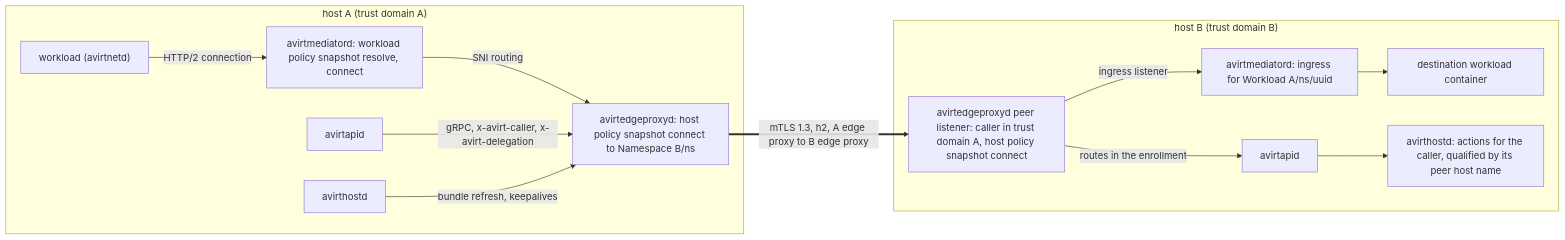
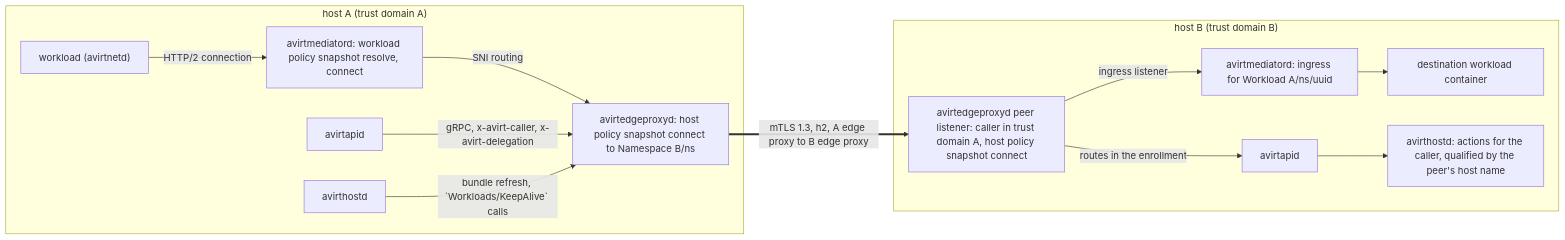
Before and after one commit to tbhb-dev/avirt: the second of 2 diagrams in docs/peering.md, drawn with Mermaid. The commit also changed other lines of this file and 40 other files, not shown here.

````diff
--- a/docs/peering.md
+++ b/docs/peering.md
@@ -231,19 +231,19 @@
 ```mermaid
 flowchart LR
     subgraph A["host A (trust domain A)"]
         wa["workload (avirtnetd)"] -->|"HTTP/2 connection"| mea["avirtmediatord: workload policy snapshot resolve, connect"]
         mea -->|"SNI routing"| fda["avirtedgeproxyd: host policy snapshot connect to Namespace B/ns"]
         pxa["avirtapid"] -->|"gRPC, x-avirt-caller, x-avirt-delegation"| fda
-        hda["avirthostd"] -->|"bundle refresh, keepalives"| fda
+        hda["avirthostd"] -->|"bundle refresh, `Workloads/KeepAlive` calls"| fda
     end
     subgraph B["host B (trust domain B)"]
         fdb["avirtedgeproxyd peer listener: caller in trust domain A, host policy snapshot connect"]
         meb["avirtmediatord: ingress for Workload A/ns/uuid"]
         wb["destination workload container"]
         pxb["avirtapid"]
-        hdb["avirthostd: actions for the caller, qualified by its peer host name"]
+        hdb["avirthostd: actions for the caller, qualified by the peer's host name"]
         fdb -->|"ingress listener"| meb --> wb
         fdb -->|"routes in the enrollment"| pxb --> hdb
     end
     fda ==>|"mTLS 1.3, h2, A edge proxy to B edge proxy"| fdb
 ```
````
